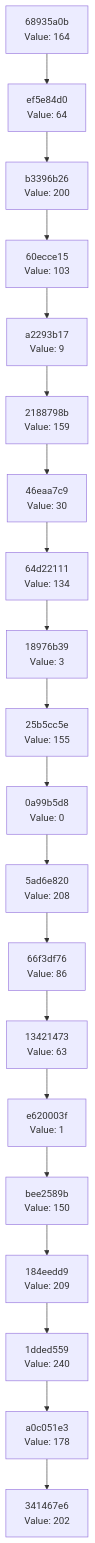
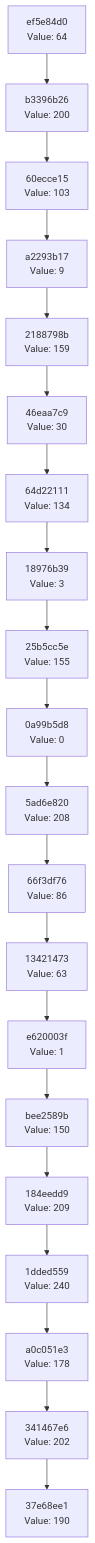
One commit to Abhisheksinha1506/hash-chain-evolver changed the diagram in docs/CHAIN_VISUALIZATION.md. Above: the diagram before and after it, drawn with Mermaid. The commit also changed 3 other files, not shown here.

````diff
--- a/docs/CHAIN_VISUALIZATION.md
+++ b/docs/CHAIN_VISUALIZATION.md
@@ -3,42 +3,42 @@
 ```mermaid
 graph TD
-    C0["341467e6<br/>Value: 202"]
-    C1["a0c051e3<br/>Value: 178"]
+    C0["37e68ee1<br/>Value: 190"]
+    C1["341467e6<br/>Value: 202"]
     C1 --> C0
-    C2["1dded559<br/>Value: 240"]
+    C2["a0c051e3<br/>Value: 178"]
     C2 --> C1
-    C3["184eedd9<br/>Value: 209"]
+    C3["1dded559<br/>Value: 240"]
     C3 --> C2
-    C4["bee2589b<br/>Value: 150"]
+    C4["184eedd9<br/>Value: 209"]
     C4 --> C3
-    C5["e620003f<br/>Value: 1"]
+    C5["bee2589b<br/>Value: 150"]
     C5 --> C4
-    C6["13421473<br/>Value: 63"]
+    C6["e620003f<br/>Value: 1"]
     C6 --> C5
-    C7["66f3df76<br/>Value: 86"]
+    C7["13421473<br/>Value: 63"]
     C7 --> C6
-    C8["5ad6e820<br/>Value: 208"]
+    C8["66f3df76<br/>Value: 86"]
     C8 --> C7
-    C9["0a99b5d8<br/>Value: 0"]
+    C9["5ad6e820<br/>Value: 208"]
     C9 --> C8
-    C10["25b5cc5e<br/>Value: 155"]
+    C10["0a99b5d8<br/>Value: 0"]
     C10 --> C9
-    C11["18976b39<br/>Value: 3"]
+    C11["25b5cc5e<br/>Value: 155"]
     C11 --> C10
-    C12["64d22111<br/>Value: 134"]
+    C12["18976b39<br/>Value: 3"]
     C12 --> C11
-    C13["46eaa7c9<br/>Value: 30"]
+    C13["64d22111<br/>Value: 134"]
     C13 --> C12
-    C14["2188798b<br/>Value: 159"]
+    C14["46eaa7c9<br/>Value: 30"]
     C14 --> C13
-    C15["a2293b17<br/>Value: 9"]
+    C15["2188798b<br/>Value: 159"]
     C15 --> C14
-    C16["60ecce15<br/>Value: 103"]
+    C16["a2293b17<br/>Value: 9"]
     C16 --> C15
-    C17["b3396b26<br/>Value: 200"]
+    C17["60ecce15<br/>Value: 103"]
     C17 --> C16
-    C18["ef5e84d0<br/>Value: 64"]
+    C18["b3396b26<br/>Value: 200"]
     C18 --> C17
-    C19["68935a0b<br/>Value: 164"]
+    C19["ef5e84d0<br/>Value: 64"]
     C19 --> C18
 ```
````
